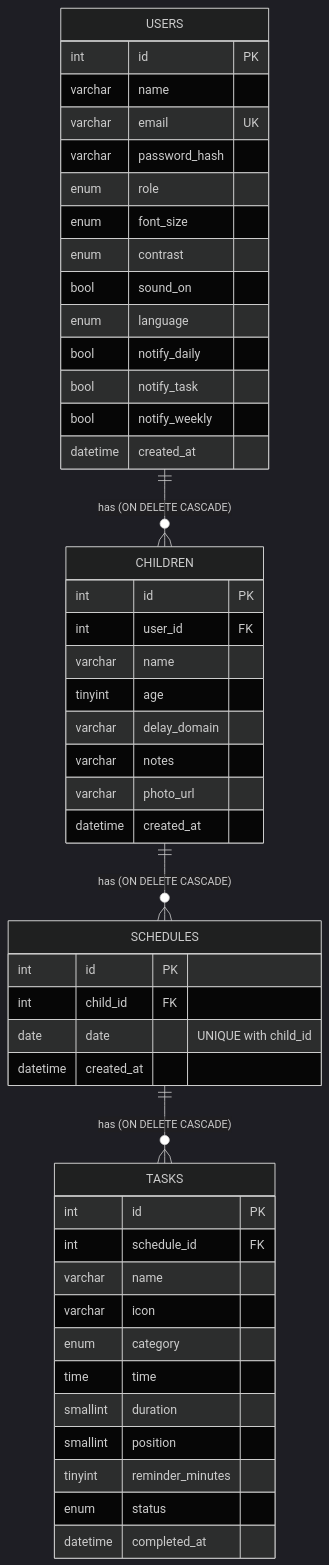
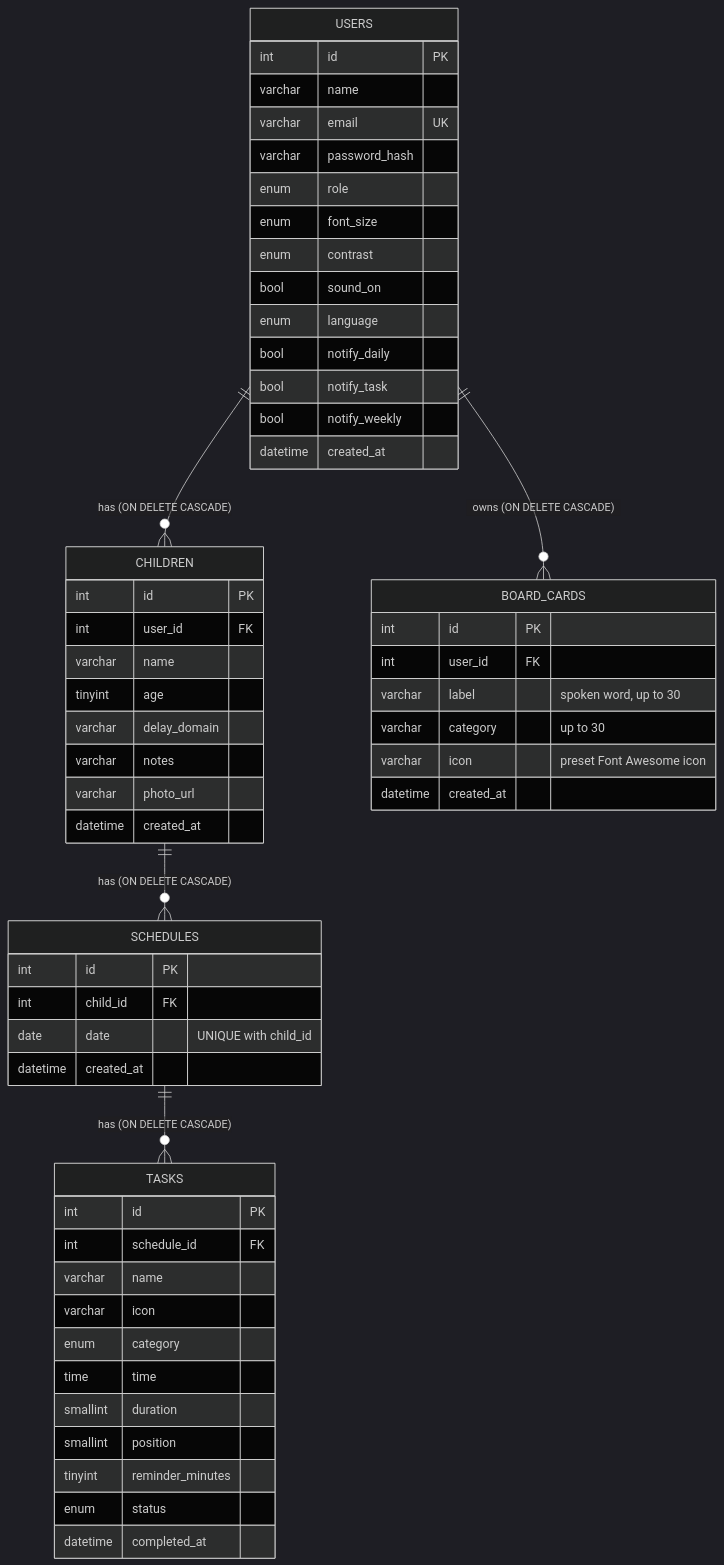
The diagram in docs/erd.md (lance-molina/visual-schedule-management), drawn with Mermaid (dark theme) before and after one commit. The commit also changed other lines of this file and 33 other files, not shown here.

````diff
--- a/docs/erd.md
+++ b/docs/erd.md
@@ -6,51 +6,60 @@
 ```mermaid
 erDiagram
     USERS ||--o{ CHILDREN : "has (ON DELETE CASCADE)"
     CHILDREN ||--o{ SCHEDULES : "has (ON DELETE CASCADE)"
     SCHEDULES ||--o{ TASKS : "has (ON DELETE CASCADE)"
+    USERS ||--o{ BOARD_CARDS : "owns (ON DELETE CASCADE)"
 
     USERS {
         int id PK
         varchar name
         varchar email UK
         varchar password_hash
         enum role
         enum font_size
         enum contrast
         bool sound_on
         enum language
         bool notify_daily
         bool notify_task
         bool notify_weekly
         datetime created_at
     }
     CHILDREN {
         int id PK
         int user_id FK
         varchar name
         tinyint age
         varchar delay_domain
         varchar notes
         varchar photo_url
         datetime created_at
     }
     SCHEDULES {
         int id PK
         int child_id FK
         date date "UNIQUE with child_id"
         datetime created_at
     }
+    BOARD_CARDS {
+        int id PK
+        int user_id FK
+        varchar label "spoken word, up to 30"
+        varchar category "up to 30"
+        varchar icon "preset Font Awesome icon"
+        datetime created_at
+    }
     TASKS {
         int id PK
         int schedule_id FK
         varchar name
         varchar icon
         enum category
         time time
         smallint duration
         smallint position
         tinyint reminder_minutes
         enum status
         datetime completed_at
     }
 ```
````
